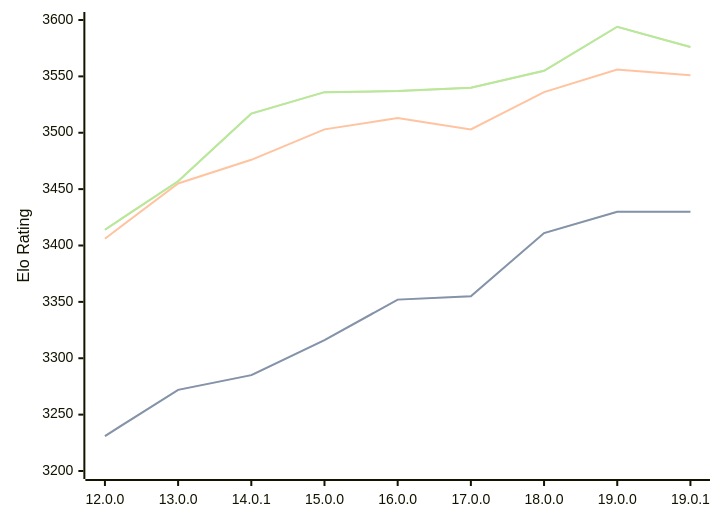
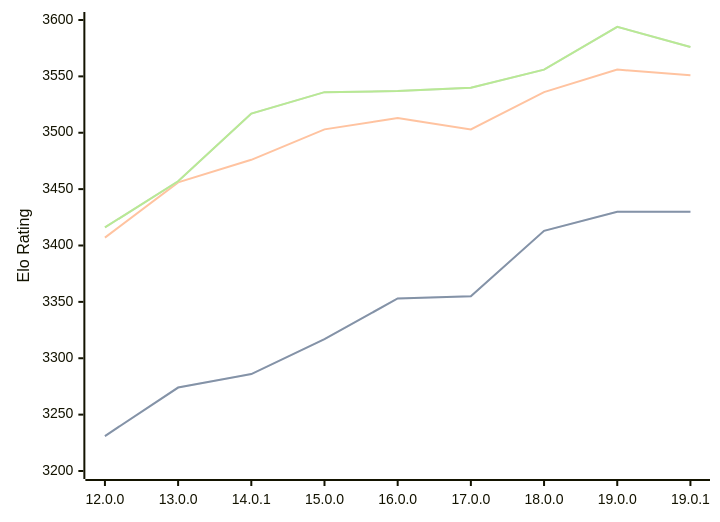
Before and after one commit to computer-chess-index/cci: the diagram in engines/Viridithas.md, drawn with Mermaid. The commit also changed other lines of this file, not shown here.

Commit message:
Update CCI Ratings (ELO VLTC) - 2026-04-01

````diff
--- a/engines/Viridithas.md
+++ b/engines/Viridithas.md
@@ -63,11 +63,11 @@
 ```mermaid
 %%{init: {"theme":"base","themeVariables":{"seriesColors:['#a3a3a3','#222221','#faa371']}}}%%
 xychart-beta
   x-axis ["12.0.0", "13.0.0", "14.0.1", "15.0.0", "16.0.0", "17.0.0", "18.0.0", "19.0.0", "19.0.1"]
   y-axis "Elo Rating" 3200 --> 3600
-  line "STC (8.0+0.08s)" [3231, 3272, 3285, 3316, 3352, 3355, 3411, 3430, 3430]
-  line "STC (8.0+0.08s)" [3231, 3272, 3285, 3316, 3352, 3355, 3411, 3430, 3430]
-  line "LTC (60.0+0.60s)" [3406, 3455, 3476, 3503, 3513, 3503, 3536, 3556, 3551]
-  line "VLTC (2m24s+1.12s)" [3414, 3457, 3517, 3536, 3537, 3540, 3555, 3594, 3576]
-  line "VLTC (2m24s+1.12s)" [3414, 3457, 3517, 3536, 3537, 3540, 3555, 3594, 3576]
+  line "STC (8.0+0.08s)" [3231, 3274, 3286, 3317, 3353, 3355, 3413, 3430, 3430]
+  line "STC (8.0+0.08s)" [3231, 3274, 3286, 3317, 3353, 3355, 3413, 3430, 3430]
+  line "LTC (60.0+0.60s)" [3407, 3456, 3476, 3503, 3513, 3503, 3536, 3556, 3551]
+  line "VLTC (2m24s+1.12s)" [3416, 3457, 3517, 3536, 3537, 3540, 3556, 3594, 3576]
+  line "VLTC (2m24s+1.12s)" [3416, 3457, 3517, 3536, 3537, 3540, 3556, 3594, 3576]
 ```
````
